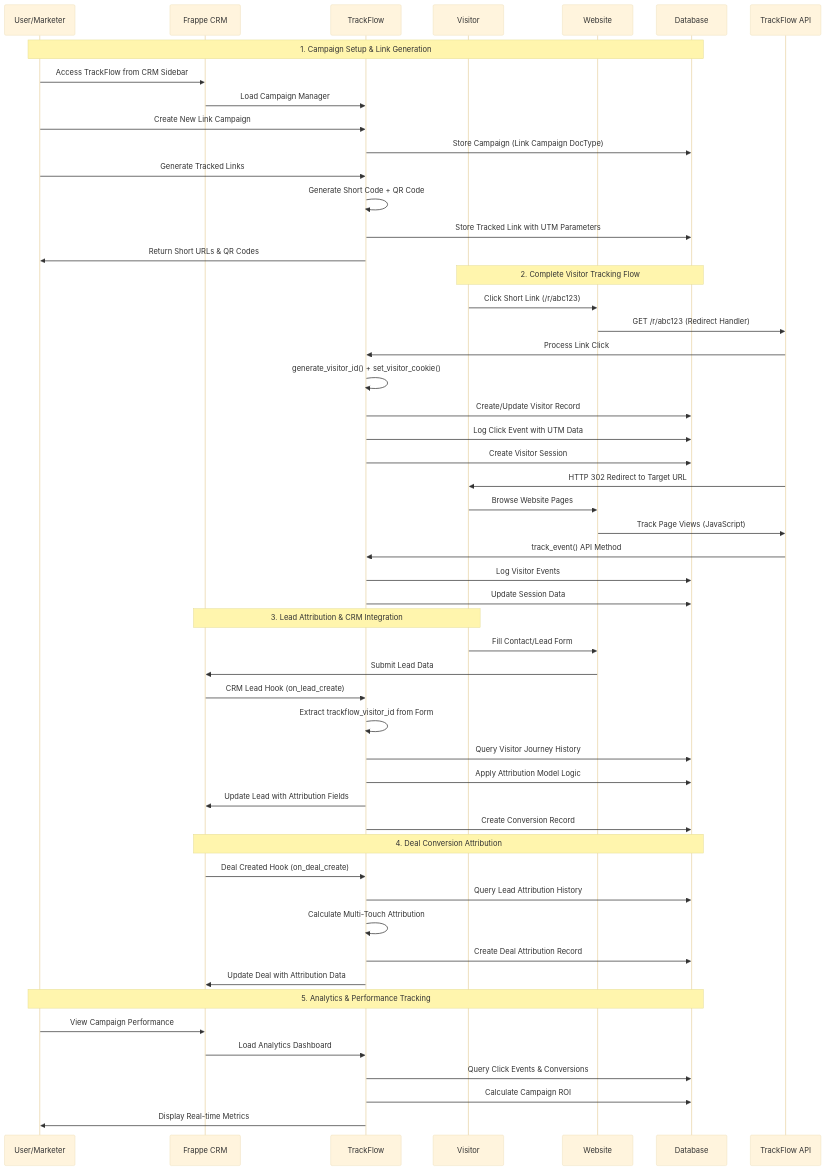
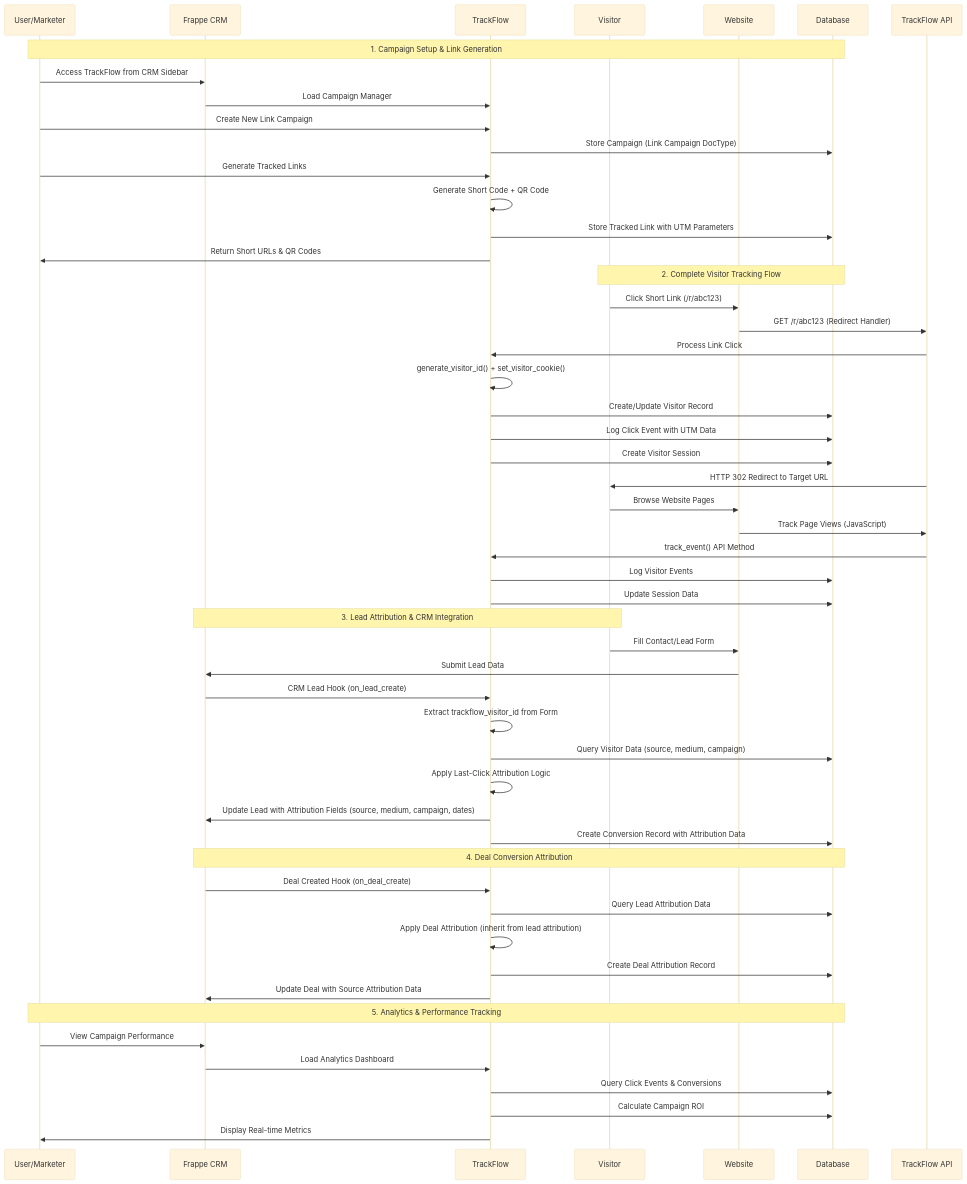
One commit to chinmaybhatk/trackflow changed the first of 3 diagrams in docs/architecture-flow.md. Above: the diagram before and after it, drawn with Mermaid (base theme). The commit also changed other lines of this file and 3 other files, not shown here.

````diff
--- a/docs/architecture-flow.md
+++ b/docs/architecture-flow.md
@@ -17,65 +17,65 @@
 ```mermaid
 sequenceDiagram
     participant U as User/Marketer
     participant CRM as Frappe CRM
     participant TF as TrackFlow
     participant V as Visitor
     participant W as Website
     participant DB as Database
     participant API as TrackFlow API
 
     %% Campaign Setup (Production Ready)
     Note over U,DB: 1. Campaign Setup & Link Generation
     U->>CRM: Access TrackFlow from CRM Sidebar
     CRM->>TF: Load Campaign Manager
     U->>TF: Create New Link Campaign
     TF->>DB: Store Campaign (Link Campaign DocType)
     U->>TF: Generate Tracked Links
     TF->>TF: Generate Short Code + QR Code
     TF->>DB: Store Tracked Link with UTM Parameters
     TF->>U: Return Short URLs & QR Codes
 
     %% Visitor Journey (Implemented)
     Note over V,DB: 2. Complete Visitor Tracking Flow
     V->>W: Click Short Link (/r/abc123)
     W->>API: GET /r/abc123 (Redirect Handler)
     API->>TF: Process Link Click
     TF->>TF: generate_visitor_id() + set_visitor_cookie()
     TF->>DB: Create/Update Visitor Record
     TF->>DB: Log Click Event with UTM Data
     TF->>DB: Create Visitor Session
     API->>V: HTTP 302 Redirect to Target URL
     
     V->>W: Browse Website Pages
     W->>API: Track Page Views (JavaScript)
     API->>TF: track_event() API Method
     TF->>DB: Log Visitor Events
     TF->>DB: Update Session Data
 
     %% CRM Integration (Working)
     Note over V,CRM: 3. Lead Attribution & CRM Integration
     V->>W: Fill Contact/Lead Form
     W->>CRM: Submit Lead Data
     CRM->>TF: CRM Lead Hook (on_lead_create)
     TF->>TF: Extract trackflow_visitor_id from Form
-    TF->>DB: Query Visitor Journey History
-    TF->>DB: Apply Attribution Model Logic
-    TF->>CRM: Update Lead with Attribution Fields
-    TF->>DB: Create Conversion Record
+    TF->>DB: Query Visitor Data (source, medium, campaign)
+    TF->>TF: Apply Last-Click Attribution Logic
+    TF->>CRM: Update Lead with Attribution Fields (source, medium, campaign, dates)
+    TF->>DB: Create Conversion Record with Attribution Data
     
     %% Deal Attribution (Implemented)
     Note over CRM,DB: 4. Deal Conversion Attribution
     CRM->>TF: Deal Created Hook (on_deal_create)
-    TF->>DB: Query Lead Attribution History
-    TF->>TF: Calculate Multi-Touch Attribution
+    TF->>DB: Query Lead Attribution Data
+    TF->>TF: Apply Deal Attribution (inherit from lead attribution)
     TF->>DB: Create Deal Attribution Record
-    TF->>CRM: Update Deal with Attribution Data
+    TF->>CRM: Update Deal with Source Attribution Data
     
     %% Analytics & Reporting (Available)
     Note over U,DB: 5. Analytics & Performance Tracking
     U->>CRM: View Campaign Performance
     CRM->>TF: Load Analytics Dashboard
     TF->>DB: Query Click Events & Conversions
     TF->>DB: Calculate Campaign ROI
     TF->>U: Display Real-time Metrics
 ```
````
